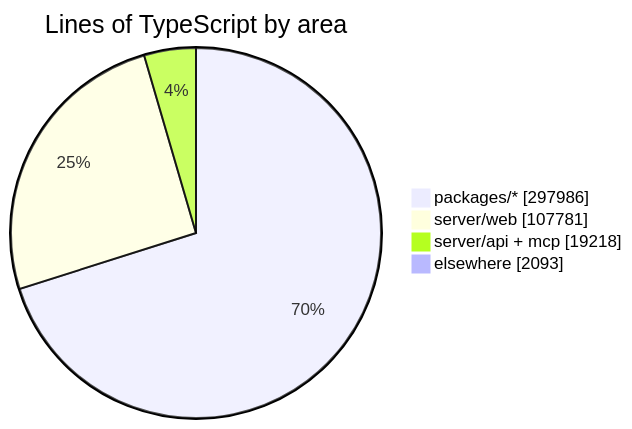
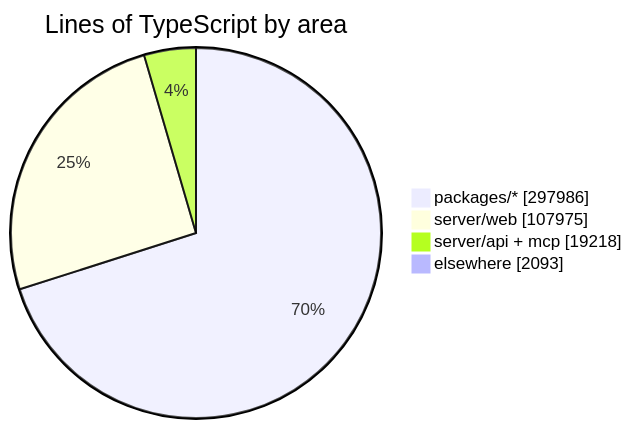
The diagram in README.md (crossworks-engineering/mantle), drawn with Mermaid before and after one commit. The commit also changed other lines of this file and 2 other files, not shown here.

````diff
--- a/README.md
+++ b/README.md
@@ -294,7 +294,7 @@
 ```mermaid
 pie showData title Lines of TypeScript by area
     "packages/*" : 297986
-    "server/web" : 107781
+    "server/web" : 107975
     "server/api + mcp" : 19218
     "elsewhere" : 2093
 ```
````
